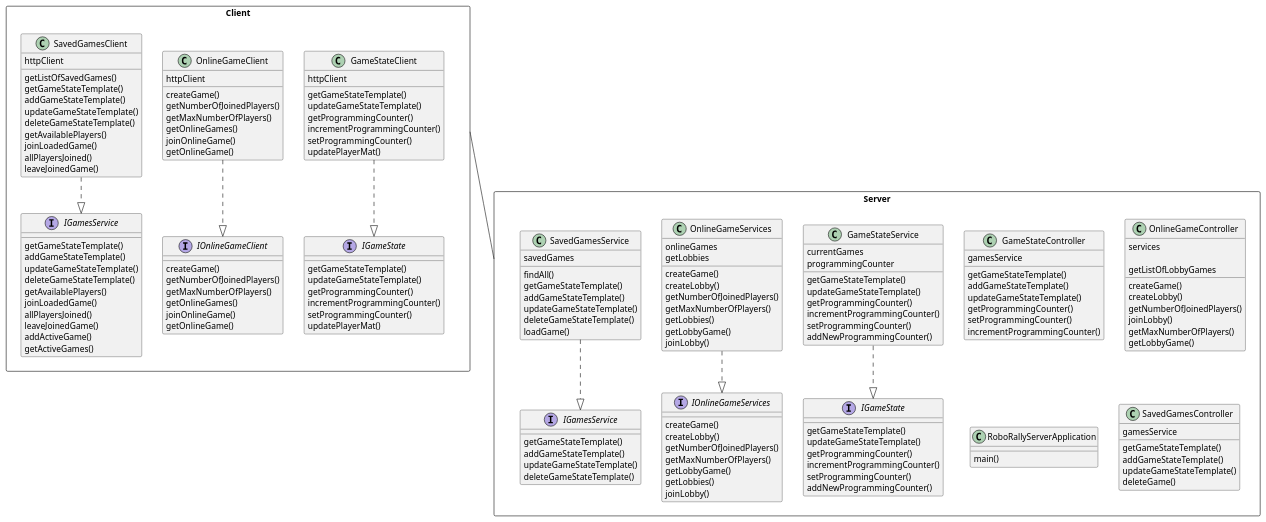
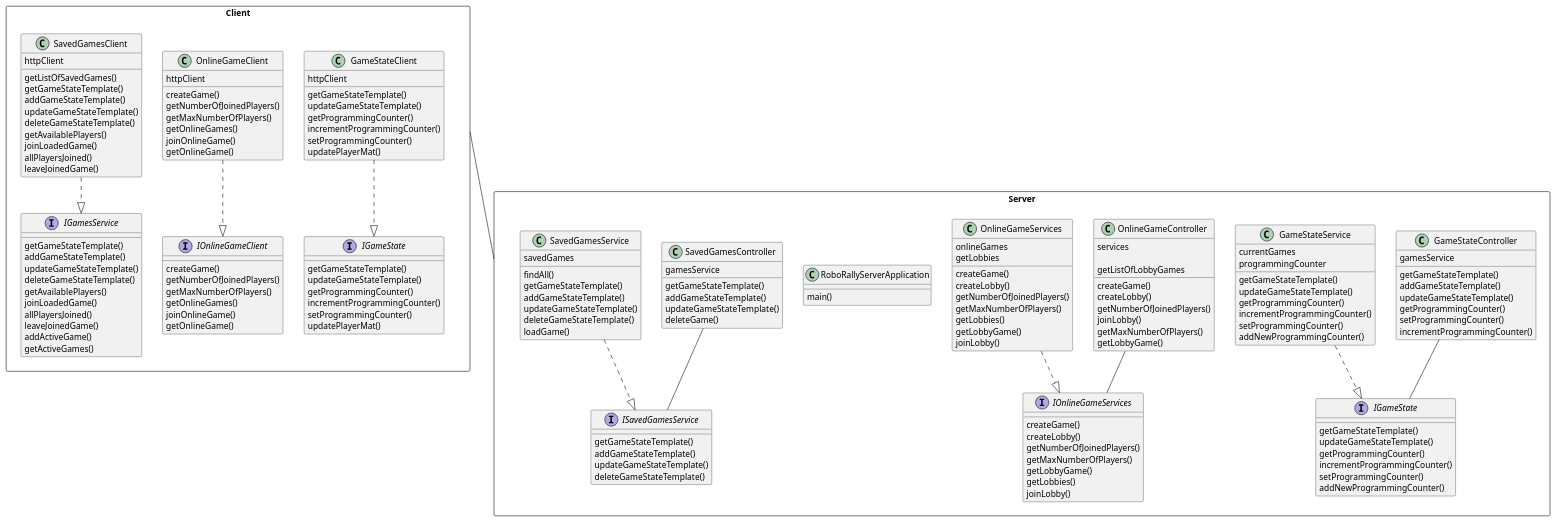
One commit to MarkBidstrup/RoboRally changed the diagram in PlantUML/WebClassDiagram.puml. Above: the diagram before and after it, drawn with PlantUML. The commit also changed 1 other file, not shown here.

Commit message:
Updated WebClassDiagram

```diff
--- a/PlantUML/WebClassDiagram.puml
+++ b/PlantUML/WebClassDiagram.puml
@@ -1,189 +1,192 @@
 @startuml
 'https://plantuml.com/sequence-diagram
 
 package Client <<Rectangle>>{
     class GameStateClient {
         httpClient
 
         getGameStateTemplate()
         updateGameStateTemplate()
         getProgrammingCounter()
         incrementProgrammingCounter()
         setProgrammingCounter()
         updatePlayerMat()
     }
 
     class OnlineGameClient {
         httpClient
 
         createGame()
         getNumberOfJoinedPlayers()
         getMaxNumberOfPlayers()
         getOnlineGames()
         joinOnlineGame()
         getOnlineGame()
     }
 
     class SavedGamesClient {
         httpClient
 
         getListOfSavedGames()
         getGameStateTemplate()
         addGameStateTemplate()
         updateGameStateTemplate()
         deleteGameStateTemplate()
         getAvailablePlayers()
         joinLoadedGame()
         allPlayersJoined()
         leaveJoinedGame()
     }
 
     interface IGameState {
         getGameStateTemplate()
         updateGameStateTemplate()
         getProgrammingCounter()
         incrementProgrammingCounter()
         setProgrammingCounter()
         updatePlayerMat()
     }
 
     interface IGamesService {
         getGameStateTemplate()
         addGameStateTemplate()
         updateGameStateTemplate()
         deleteGameStateTemplate()
         getAvailablePlayers()
         joinLoadedGame()
         allPlayersJoined()
         leaveJoinedGame()
         addActiveGame()
         getActiveGames()
     }
 
     interface IOnlineGameClient {
         createGame()
         getNumberOfJoinedPlayers()
         getMaxNumberOfPlayers()
         getOnlineGames()
         joinOnlineGame()
         getOnlineGame()
     }
 }
 
 package Server <<Rectangle>>{
     class GameStateController {
         gamesService
 
         getGameStateTemplate()
         addGameStateTemplate()
         updateGameStateTemplate()
         getProgrammingCounter()
         setProgrammingCounter()
         incrementProgrammingCounter()
     }
 
     class GameStateService {
         currentGames
         programmingCounter
 
         getGameStateTemplate()
         updateGameStateTemplate()
         getProgrammingCounter()
         incrementProgrammingCounter()
         setProgrammingCounter()
         addNewProgrammingCounter()
     }
 
     class OnlineGameController {
         services
 
         createGame()
         createLobby()
         getNumberOfJoinedPlayers()
         joinLobby()
         getMaxNumberOfPlayers()
         getLobbyGame()
         getListOfLobbyGames
     }
 
     class OnlineGameServices {
         onlineGames
         getLobbies
 
         createGame()
         createLobby()
         getNumberOfJoinedPlayers()
         getMaxNumberOfPlayers()
         getLobbies()
         getLobbyGame()
         joinLobby()
     }
 
     class RoboRallyServerApplication {
         main()
     }
 
     class SavedGamesController {
         gamesService
 
         getGameStateTemplate()
         addGameStateTemplate()
         updateGameStateTemplate()
         deleteGame()
     }
 
     class SavedGamesService {
         savedGames
 
         findAll()
         getGameStateTemplate()
         addGameStateTemplate()
         updateGameStateTemplate()
         deleteGameStateTemplate()
         loadGame()
     }
 
     interface "IGameState" as ServerIGameState
-    interface "IGamesService" as ServerIGamesService
+    interface "ISavedGamesService" as ServerISavedGamesService
 
-    interface ServerIGamesService {
+    interface ServerISavedGamesService {
         getGameStateTemplate()
         addGameStateTemplate()
         updateGameStateTemplate()
         deleteGameStateTemplate()
     }
 
     interface ServerIGameState {
         getGameStateTemplate()
         updateGameStateTemplate()
         getProgrammingCounter()
         incrementProgrammingCounter()
         setProgrammingCounter()
         addNewProgrammingCounter()
     }
 
     interface IOnlineGameServices {
         createGame()
         createLobby()
         getNumberOfJoinedPlayers()
         getMaxNumberOfPlayers()
         getLobbyGame()
         getLobbies()
         joinLobby()
     }
 }
 
 /' Client connections '/
 GameStateClient ..|> IGameState
 OnlineGameClient ..|> IOnlineGameClient
 SavedGamesClient ..|> IGamesService
 
 /' Server connections '/
 GameStateService ..|> ServerIGameState
 OnlineGameServices ..|> IOnlineGameServices
-SavedGamesService ..|> ServerIGamesService
+SavedGamesService ..|> ServerISavedGamesService
+GameStateController -- ServerIGameState
+SavedGamesController -- ServerISavedGamesService
+OnlineGameController -- IOnlineGameServices
 
 /' General connections '/
 Client -- Server
 
 @enduml
```
